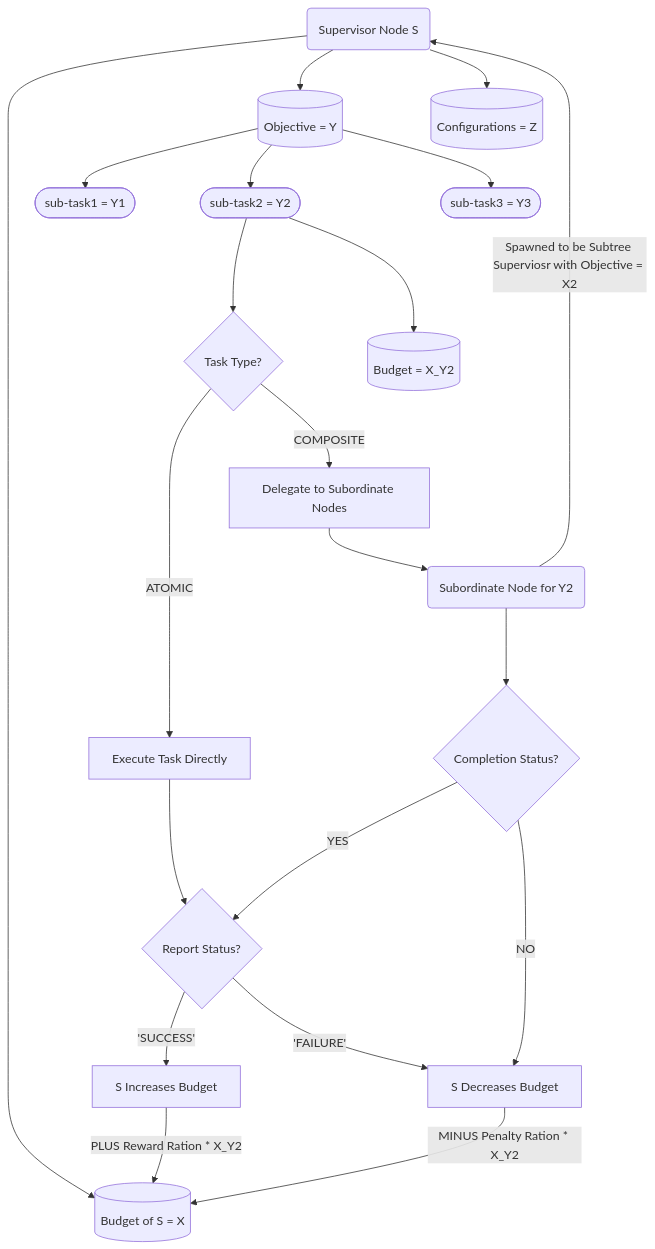
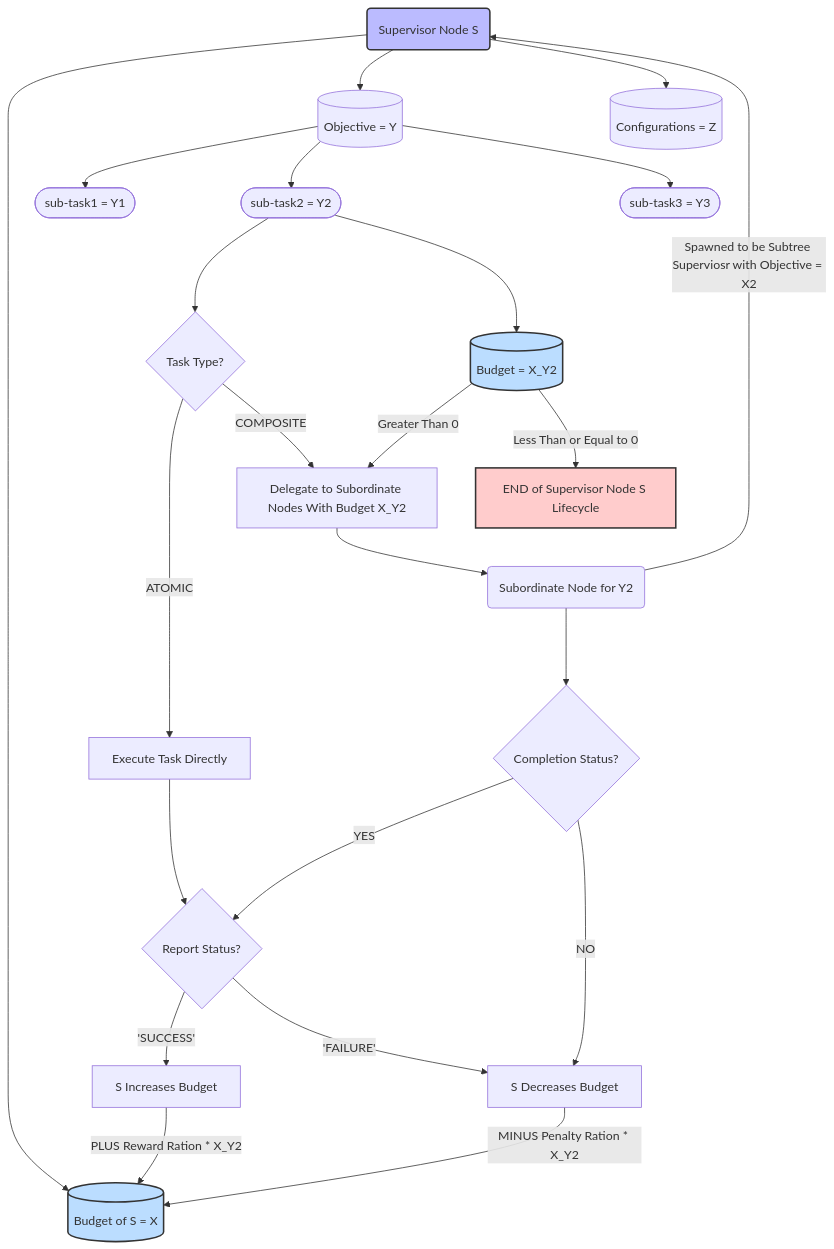
One commit to arise-ai-security/docs changed the second of 3 diagrams in docs/weekly/brainstorming/agentic-tree.md. Above: the diagram before and after it, drawn with Mermaid. The commit also changed other lines of this file, not shown here.

````diff
--- a/docs/weekly/brainstorming/agentic-tree.md
+++ b/docs/weekly/brainstorming/agentic-tree.md
@@ -74,31 +76,37 @@
 ```mermaid
 flowchart TB
     A("Supervisor Node S") --> A_b[("Budget of S = X")];
     A --> A_o[("Objective = Y")];
     A --> A_c[("Configurations = Z")];
     
     A_o --> A_t1(["sub-task1 = Y1"]);
     A_o --> A_t2(["sub-task2 = Y2"]);
     A_o --> A_t3(["sub-task3 = Y3"]);
 
     A_t2 --> B{"Task Type?"};
     
     B -- "ATOMIC" --> B1["Execute Task Directly"];
     B1--> H{"Report Status?"};
-    B -- "COMPOSITE" --> B2["Delegate to Subordinate Nodes"];
+    B -- "COMPOSITE" --> B2["Delegate to Subordinate Nodes With Budget X_Y2"];
     
     B2 --> Bchild("Subordinate Node for Y2");
     A_t2 --> Bchild_b[("Budget = X_Y2")];
+    Bchild_b -- "Greater Than 0" --> B2;
+    Bchild_b -- "Less Than or Equal to 0" --> END["END of Supervisor Node S Lifecycle"];
     Bchild -- "Spawned to be Subtree Superviosr with Objective = X2" --> A;
     Bchild ---> E{"Completion Status?"};
     
     H -- "'SUCCESS'" --> I["S Increases Budget"];
     H -- "'FAILURE'" --> J["S Decreases Budget"];
     
     E -- "YES" --> H;
     E -- "NO" --> J;
 
     I -- "PLUS Reward Ration * X_Y2" --> A_b;
     J -- "MINUS Penalty Ration * X_Y2" --> A_b;
 
+    style A fill:#bbf,stroke:#333,stroke-width:2px
+    style Bchild_b fill:#bdf,stroke:#333,stroke-width:2px
+    style A_b fill:#bdf,stroke:#333,stroke-width:2px
+    style END fill:#ffcccc,stroke:#333,stroke-width:2px
 ```
````
